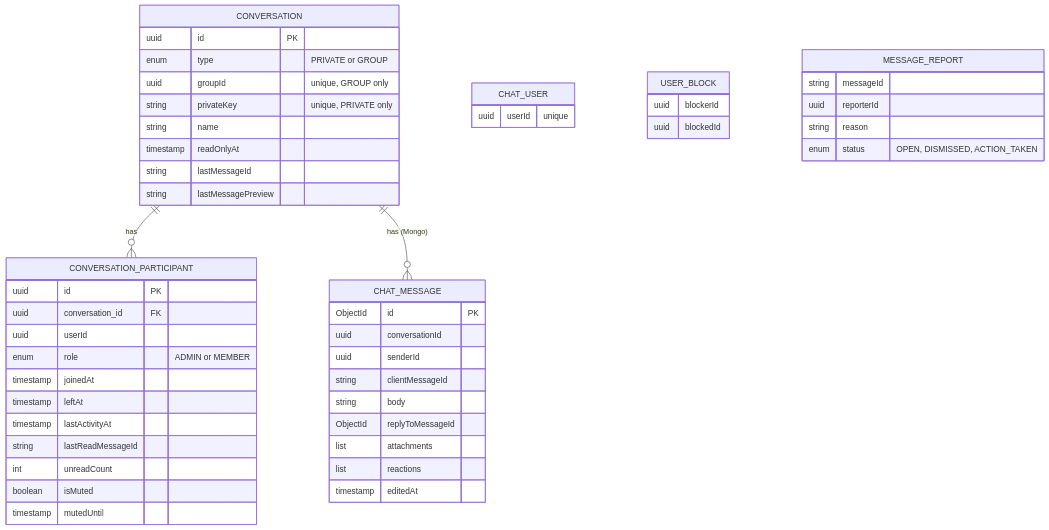
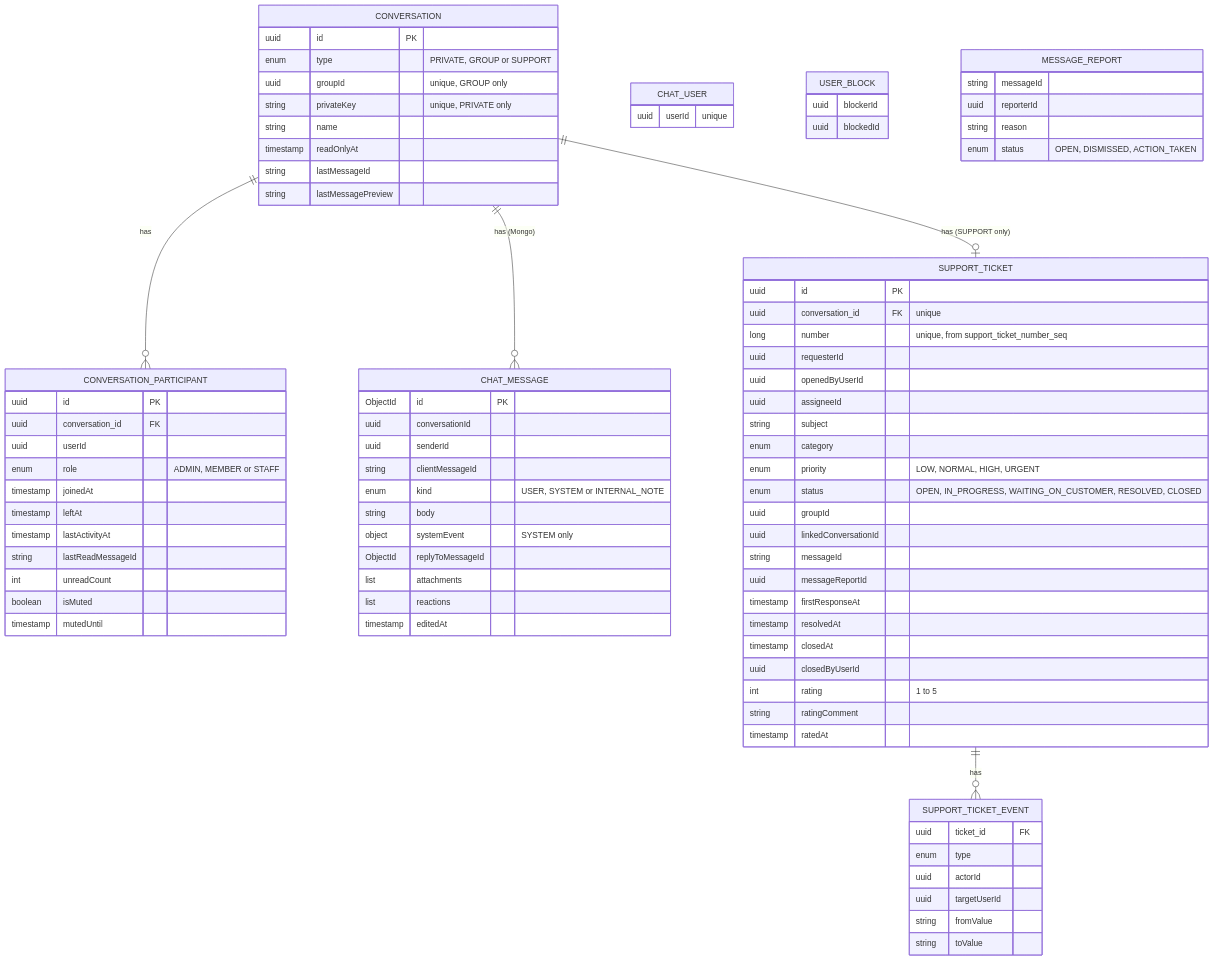
Before and after one commit to dragos-galeteanu/trip-huddle-backend: the first of 4 diagrams in api-chat/docs/README.md, drawn with Mermaid. The commit also changed other lines of this file and 43 other files, not shown here.

````diff
--- a/api-chat/docs/README.md
+++ b/api-chat/docs/README.md
@@ -9,47 +9,82 @@
 ```mermaid
 erDiagram
     CONVERSATION ||--o{ CONVERSATION_PARTICIPANT : has
     CONVERSATION ||--o{ CHAT_MESSAGE : "has (Mongo)"
+    CONVERSATION ||--o| SUPPORT_TICKET : "has (SUPPORT only)"
+    SUPPORT_TICKET ||--o{ SUPPORT_TICKET_EVENT : has
     CONVERSATION {
         uuid id PK
-        enum type "PRIVATE or GROUP"
+        enum type "PRIVATE, GROUP or SUPPORT"
         uuid groupId "unique, GROUP only"
         string privateKey "unique, PRIVATE only"
         string name
         timestamp readOnlyAt
         string lastMessageId
         string lastMessagePreview
     }
     CONVERSATION_PARTICIPANT {
         uuid id PK
         uuid conversation_id FK
         uuid userId
-        enum role "ADMIN or MEMBER"
+        enum role "ADMIN, MEMBER or STAFF"
         timestamp joinedAt
         timestamp leftAt
         timestamp lastActivityAt
         string lastReadMessageId
         int unreadCount
         boolean isMuted
         timestamp mutedUntil
     }
     CHAT_MESSAGE {
         ObjectId id PK
         uuid conversationId
         uuid senderId
         string clientMessageId
+        enum kind "USER, SYSTEM or INTERNAL_NOTE"
         string body
+        object systemEvent "SYSTEM only"
         ObjectId replyToMessageId
         list attachments
         list reactions
         timestamp editedAt
+    }
+    SUPPORT_TICKET {
+        uuid id PK
+        uuid conversation_id FK "unique"
+        long number "unique, from support_ticket_number_seq"
+        uuid requesterId
+        uuid openedByUserId
+        uuid assigneeId
+        string subject
+        enum category
+        enum priority "LOW, NORMAL, HIGH, URGENT"
+        enum status "OPEN, IN_PROGRESS, WAITING_ON_CUSTOMER, RESOLVED, CLOSED"
+        uuid groupId
+        uuid linkedConversationId
+        string messageId
+        uuid messageReportId
+        timestamp firstResponseAt
+        timestamp resolvedAt
+        timestamp closedAt
+        uuid closedByUserId
+        int rating "1 to 5"
+        string ratingComment
+        timestamp ratedAt
+    }
+    SUPPORT_TICKET_EVENT {
+        uuid ticket_id FK
+        enum type
+        uuid actorId
+        uuid targetUserId
+        string fromValue
+        string toValue
     }
     CHAT_USER { uuid userId "unique" }
     USER_BLOCK { uuid blockerId uuid blockedId }
     MESSAGE_REPORT {
         string messageId
         uuid reporterId
         string reason
         enum status "OPEN, DISMISSED, ACTION_TAKEN"
     }
 ```
````
